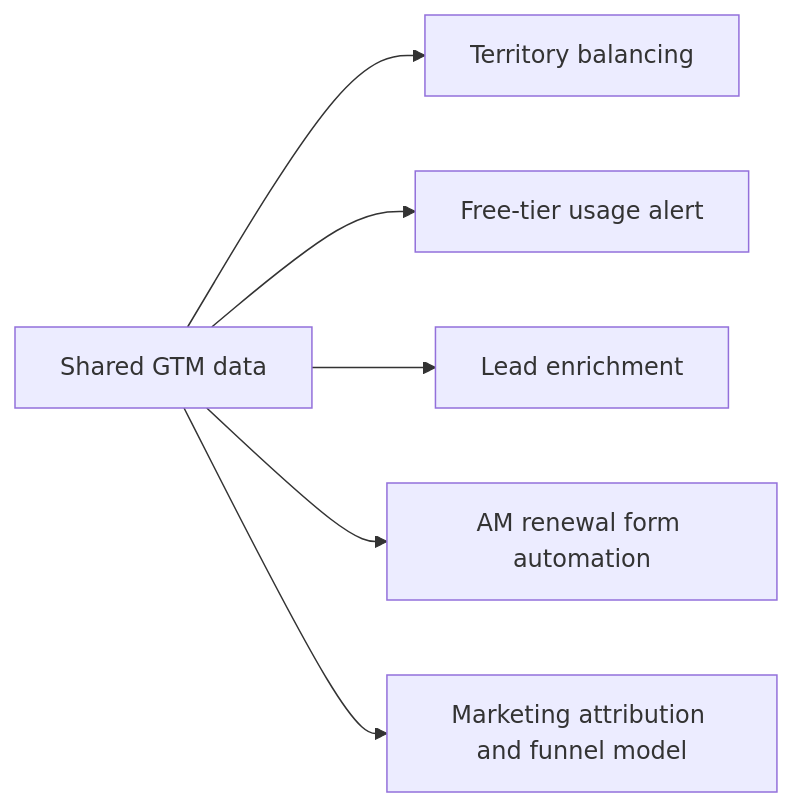
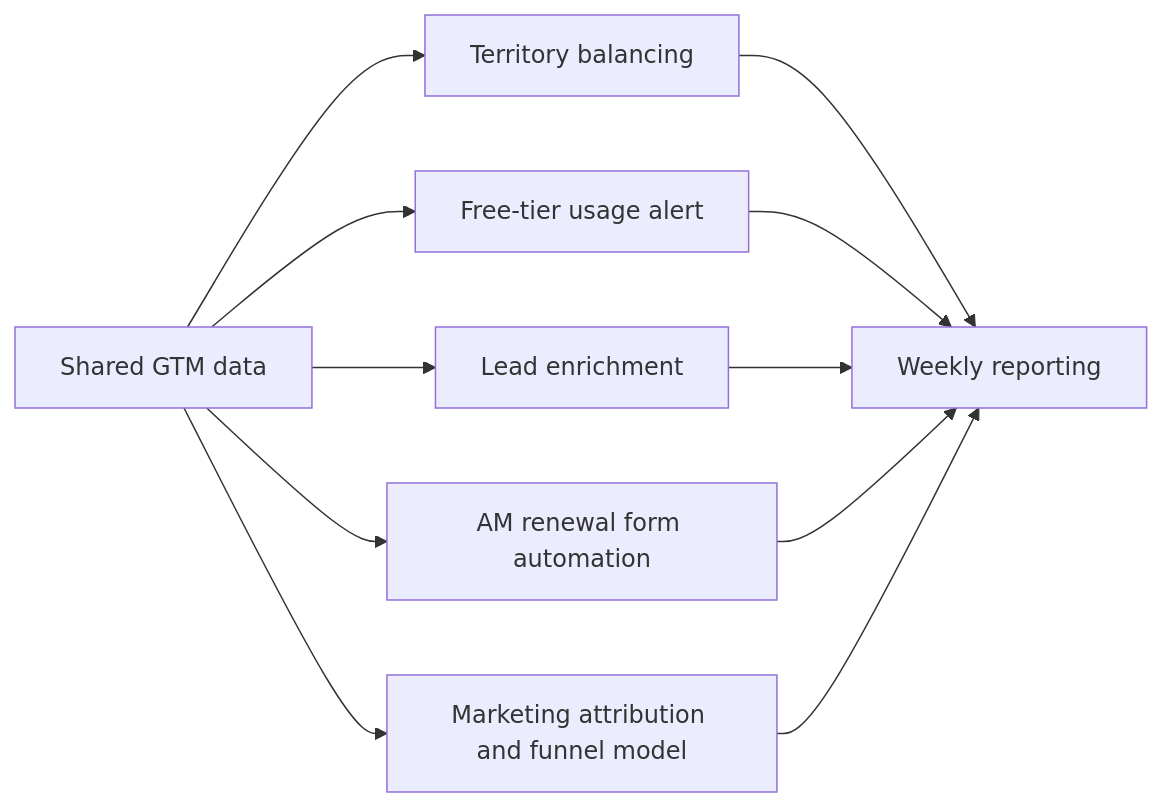
The diagram in README.md (andrew-heo/gtm-engineering), drawn with Mermaid before and after one commit. The commit also changed other lines of this file and 42 other files, not shown here.

Commit message:
Consolidate workflows and add weekly reporting

````diff
--- a/README.md
+++ b/README.md
@@ -31,8 +32,13 @@
 ```mermaid
 flowchart LR
     A[Shared GTM data] --> B[Territory balancing]
     A --> C[Free-tier usage alert]
     A --> D[Lead enrichment]
     A --> E[AM renewal form automation]
     A --> F[Marketing attribution and funnel model]
+    B --> G[Weekly reporting]
+    C --> G
+    D --> G
+    E --> G
+    F --> G
 ```
````
